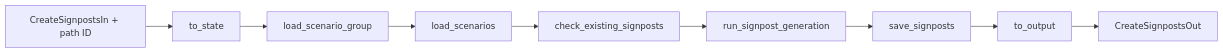
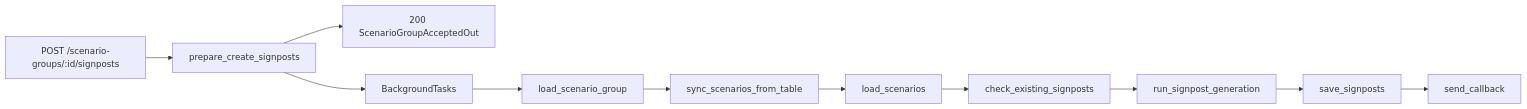
The third of 7 diagrams in docs/architectures/scenario_group_agent_logic.md (enkhbaatarL/skmip-mi-agent), drawn with Mermaid before and after one commit. The commit also changed other lines of this file, not shown here.

````diff
--- a/docs/architectures/scenario_group_agent_logic.md
+++ b/docs/architectures/scenario_group_agent_logic.md
@@ -280,11 +242,13 @@
 ```mermaid
 flowchart LR
-    A[CreateSignpostsIn + path ID] --> B[to_state]
-    B --> C[load_scenario_group]
-    C --> D[load_scenarios]
-    D --> E[check_existing_signposts]
-    E --> F[run_signpost_generation]
-    F --> G[save_signposts]
-    G --> H[to_output]
-    H --> I[CreateSignpostsOut]
+    A[POST /scenario-groups/:id/signposts] --> B[prepare_create_signposts]
+    B --> C[200 ScenarioGroupAcceptedOut]
+    B --> D[BackgroundTasks]
+    D --> E[load_scenario_group]
+    E --> F[sync_scenarios_from_table]
+    F --> G[load_scenarios]
+    G --> H[check_existing_signposts]
+    H --> I[run_signpost_generation]
+    I --> J[save_signposts]
+    J --> K[send_callback]
 ```
````
